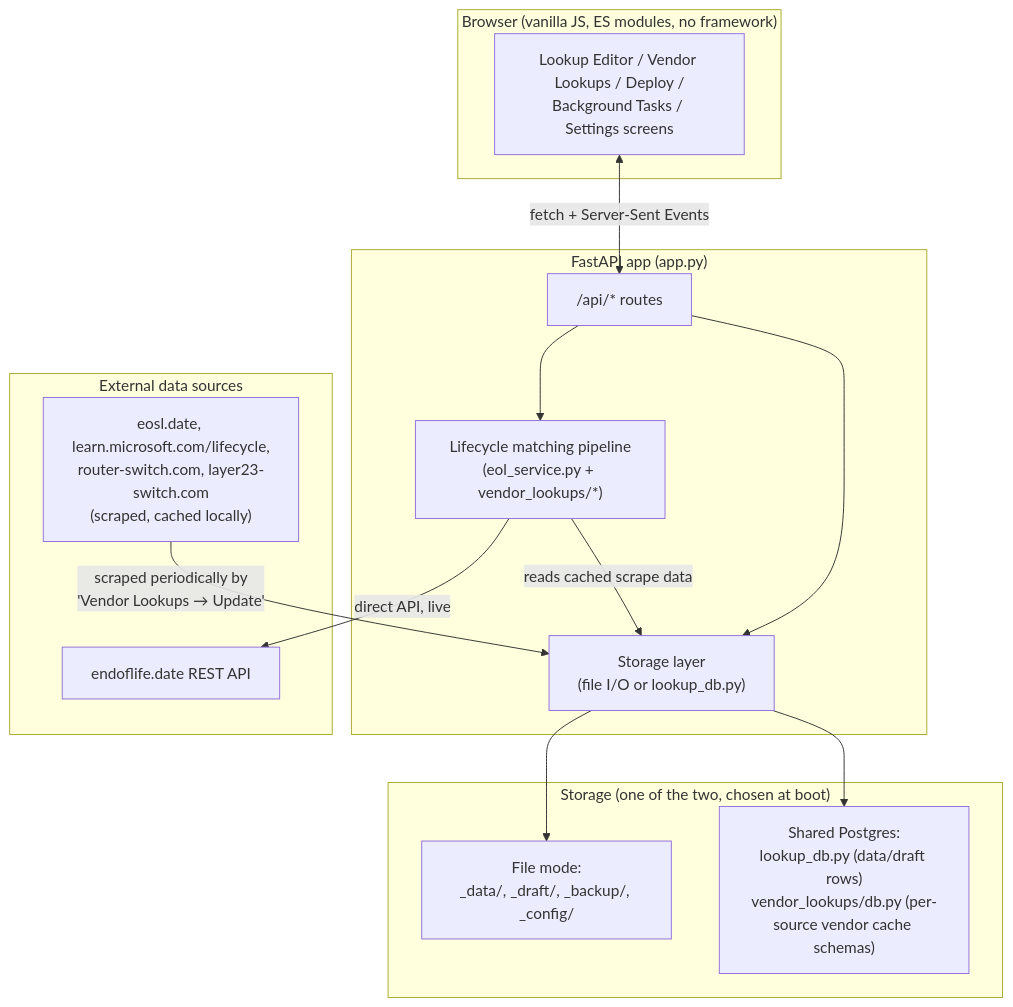
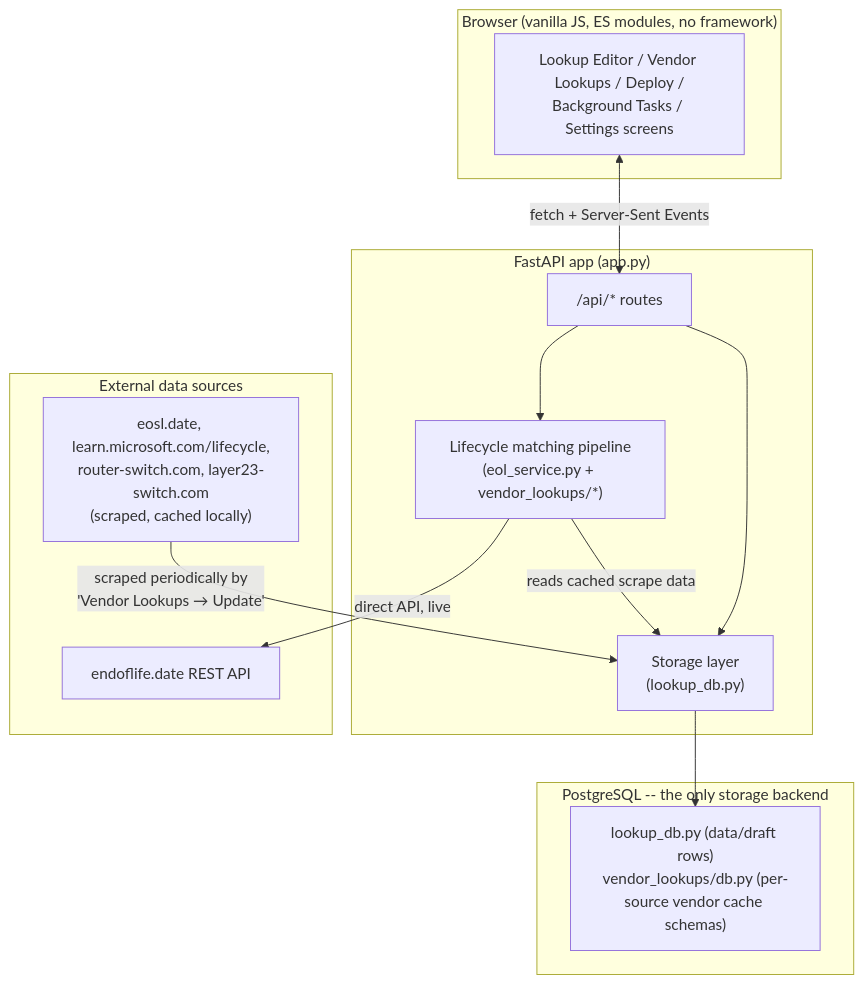
Before and after one commit to jibinge0rge/OS-Health-Check: the first of 8 diagrams in ARCHITECTURE.md, drawn with Mermaid. The commit also changed other lines of this file and 33 other files, not shown here.

First line of the commit message:
Refactor storage handling to enforce PostgreSQL as the sole backend

````diff
--- a/ARCHITECTURE.md
+++ b/ARCHITECTURE.md
@@ -61,31 +61,29 @@
 ```mermaid
 flowchart TB
     subgraph Browser["Browser (vanilla JS, ES modules, no framework)"]
         UI["Lookup Editor / Vendor Lookups / Deploy /\nBackground Tasks / Settings screens"]
     end
 
     subgraph Server["FastAPI app (app.py)"]
         API["/api/* routes"]
         Pipeline["Lifecycle matching pipeline\n(eol_service.py + vendor_lookups/*)"]
-        Storage["Storage layer\n(file I/O or lookup_db.py)"]
+        Storage["Storage layer\n(lookup_db.py)"]
     end
 
     subgraph External["External data sources"]
         EOLDATE["endoflife.date REST API"]
         VendorSites["eosl.date, learn.microsoft.com/lifecycle,\nrouter-switch.com, layer23-switch.com\n(scraped, cached locally)"]
     end
 
-    subgraph DataStore["Storage (one of the two, chosen at boot)"]
-        Files["File mode:\n_data/, _draft/, _backup/, _config/"]
-        Postgres["Shared Postgres:\nlookup_db.py (data/draft rows)\nvendor_lookups/db.py (per-source vendor cache schemas)"]
+    subgraph DataStore["PostgreSQL -- the only storage backend"]
+        Postgres["lookup_db.py (data/draft rows)\nvendor_lookups/db.py (per-source vendor cache schemas)"]
     end
 
     UI <-- "fetch + Server-Sent Events" --> API
     API --> Pipeline
     API --> Storage
     Pipeline -- "direct API, live" --> EOLDATE
     Pipeline -- "reads cached scrape data" --> Storage
-    Storage --> Files
     Storage --> Postgres
     VendorSites -- "scraped periodically by\n'Vendor Lookups → Update'" --> Storage
 ```
````
